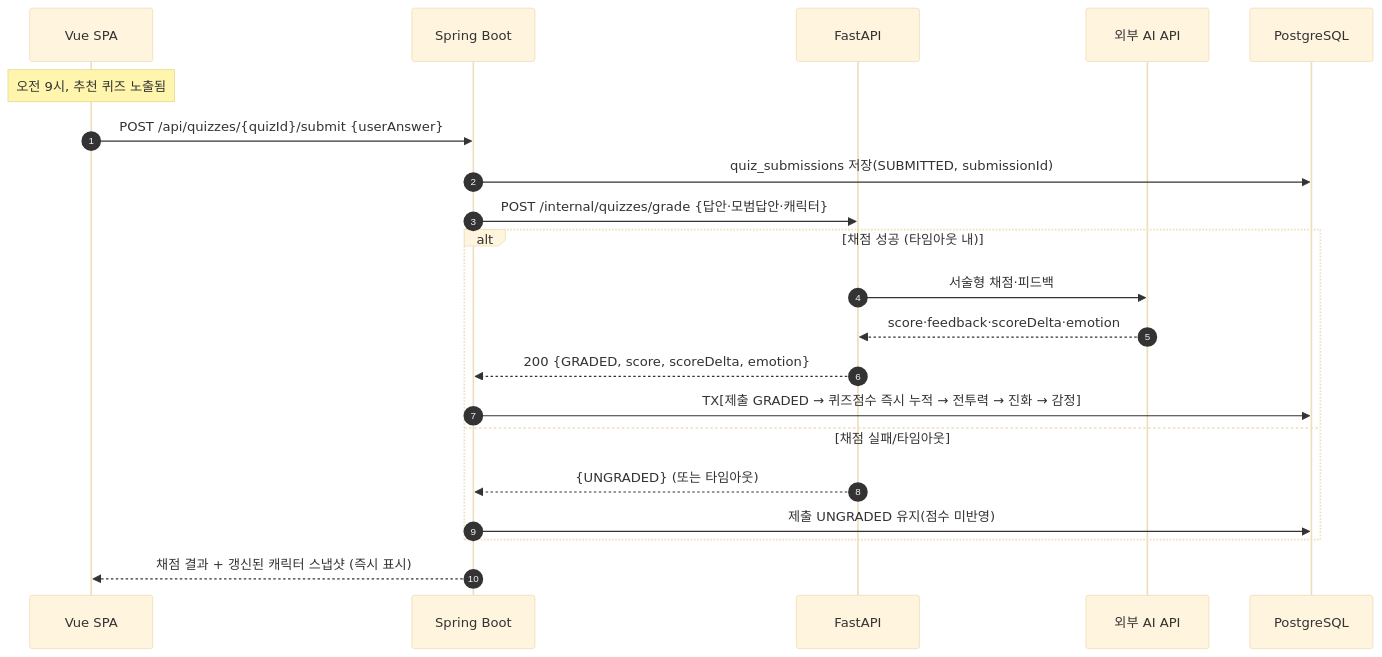
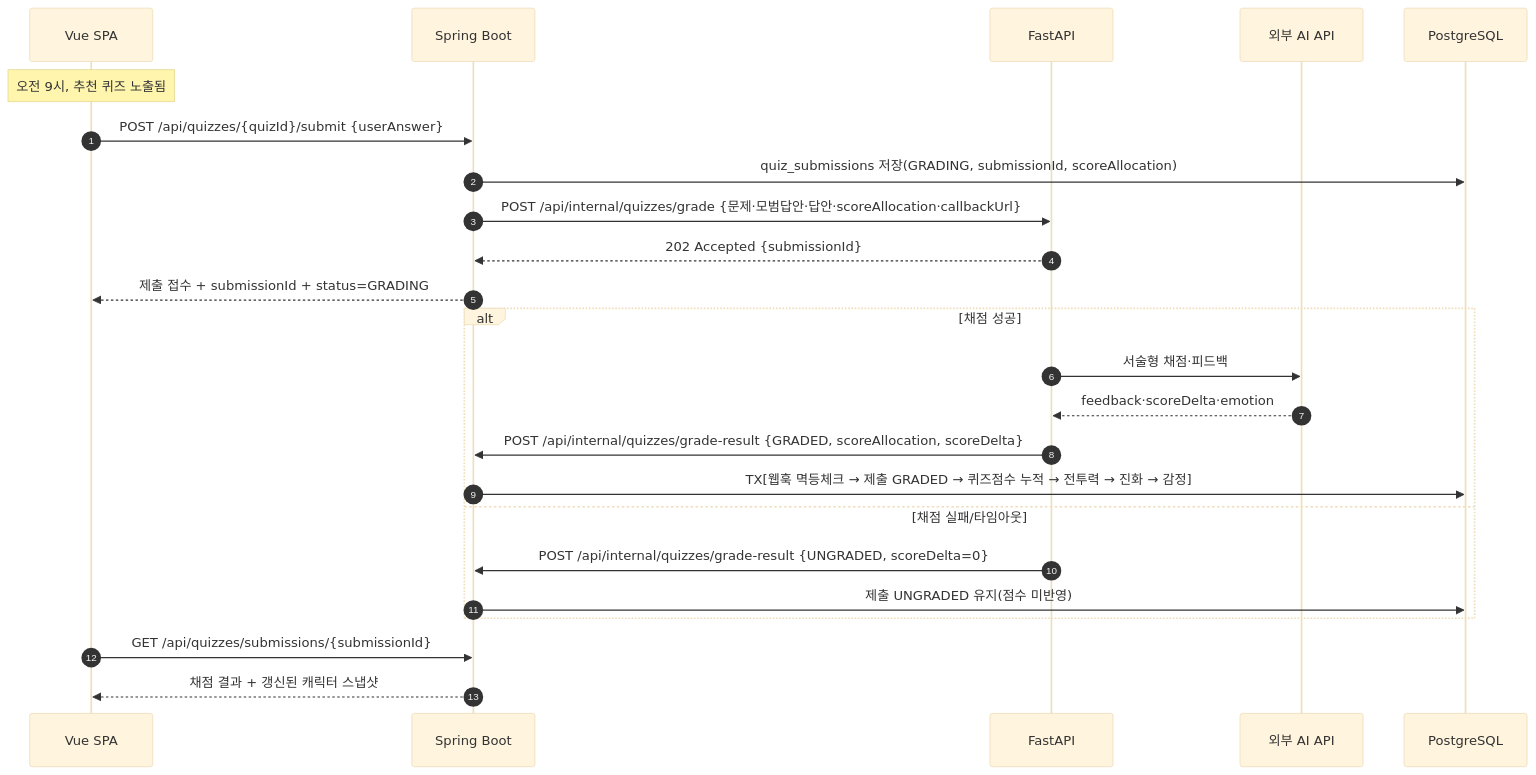
The sixth of 7 diagrams in _bmad-output/planning-artifacts/architecture/architecture-commitgotchi-2026-06-07/architecture.md (YunAndDong/commitgotchi), drawn with Mermaid (base theme) before and after one commit. The commit also changed other lines of this file, not shown here.

Commit message:
docs: align core architecture contracts

````diff
--- a/_bmad-output/planning-artifacts/architecture/architecture-commitgotchi-2026-06-07/architecture.md
+++ b/_bmad-output/planning-artifacts/architecture/architecture-commitgotchi-2026-06-07/architecture.md
@@ -799,24 +826,28 @@
 ```mermaid
 sequenceDiagram
   autonumber
   participant V as Vue SPA
   participant SB as Spring Boot
   participant FA as FastAPI
   participant AI as 외부 AI API
   participant DB as PostgreSQL
 
   Note over V: 오전 9시, 추천 퀴즈 노출됨
   V->>SB: POST /api/quizzes/{quizId}/submit {userAnswer}
-  SB->>DB: quiz_submissions 저장(SUBMITTED, submissionId)
-  SB->>FA: POST /internal/quizzes/grade {답안·모범답안·캐릭터}
-  alt 채점 성공 (타임아웃 내)
+  SB->>DB: quiz_submissions 저장(GRADING, submissionId, scoreAllocation)
+  SB->>FA: POST /api/internal/quizzes/grade {문제·모범답안·답안·scoreAllocation·callbackUrl}
+  FA-->>SB: 202 Accepted {submissionId}
+  SB-->>V: 제출 접수 + submissionId + status=GRADING
+
+  alt 채점 성공
     FA->>AI: 서술형 채점·피드백
-    AI-->>FA: score·feedback·scoreDelta·emotion
-    FA-->>SB: 200 {GRADED, score, scoreDelta, emotion}
-    SB->>DB: TX[제출 GRADED → 퀴즈점수 즉시 누적 → 전투력 → 진화 → 감정]
+    AI-->>FA: feedback·scoreDelta·emotion
+    FA->>SB: POST /api/internal/quizzes/grade-result {GRADED, scoreAllocation, scoreDelta}
+    SB->>DB: TX[웹훅 멱등체크 → 제출 GRADED → 퀴즈점수 누적 → 전투력 → 진화 → 감정]
   else 채점 실패/타임아웃
-    FA-->>SB: {UNGRADED} (또는 타임아웃)
+    FA->>SB: POST /api/internal/quizzes/grade-result {UNGRADED, scoreDelta=0}
     SB->>DB: 제출 UNGRADED 유지(점수 미반영)
   end
-  SB-->>V: 채점 결과 + 갱신된 캐릭터 스냅샷 (즉시 표시)
+  V->>SB: GET /api/quizzes/submissions/{submissionId}
+  SB-->>V: 채점 결과 + 갱신된 캐릭터 스냅샷
 ```
````
